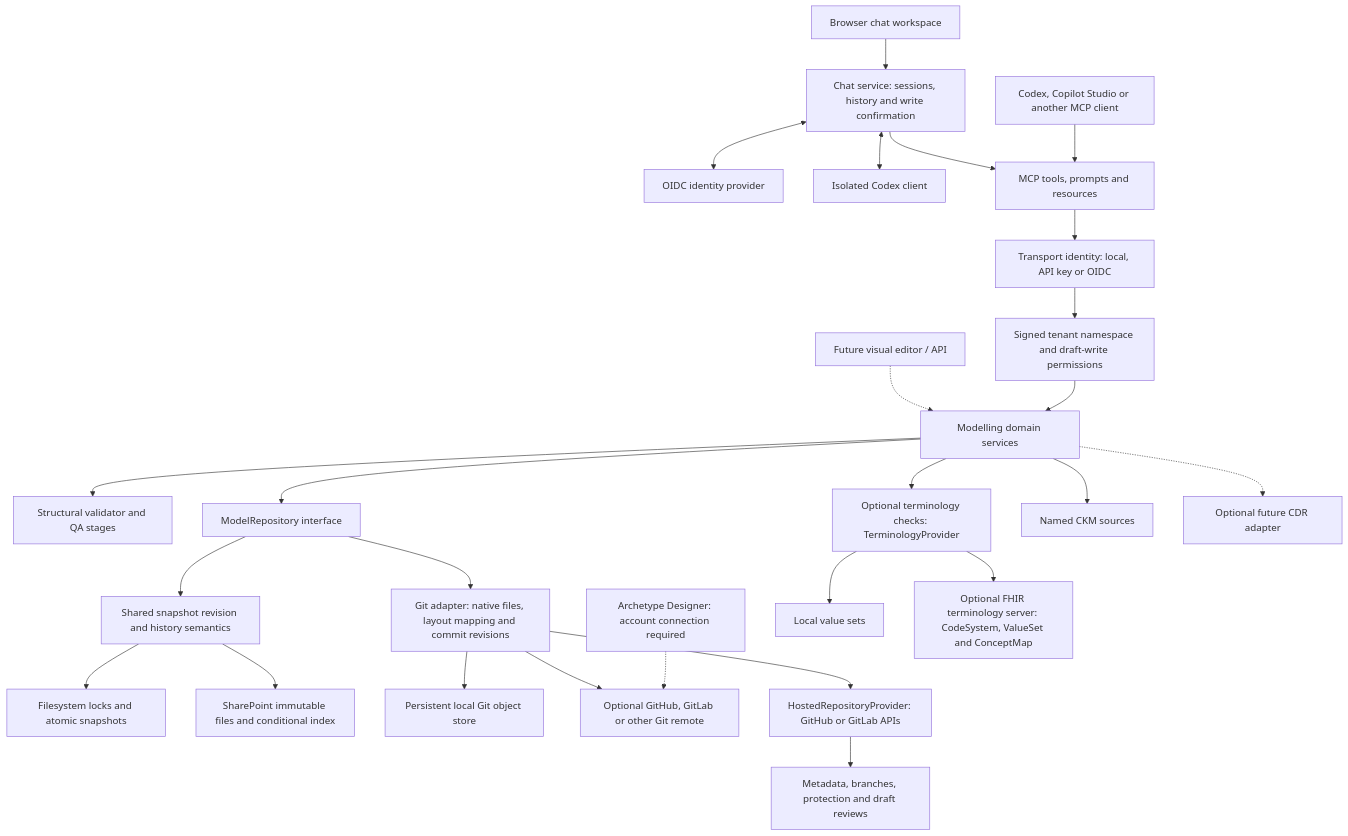
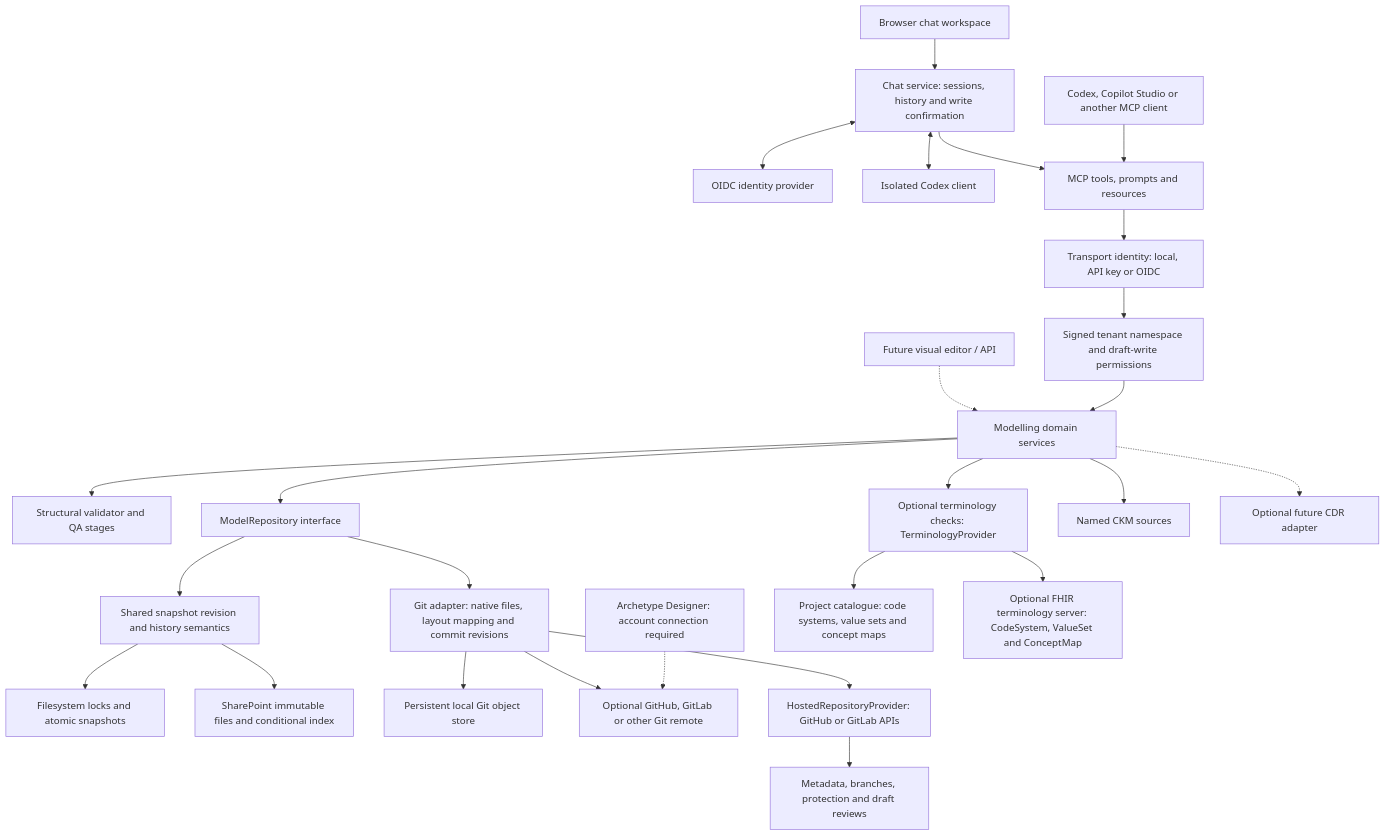
The diagram in docs/ARCHITECTURE.md (CzarMich/openehr-modelling-assistant), drawn with Mermaid before and after one commit. The commit also changed other lines of this file and 43 other files, not shown here.

Commit message:
feat(terminology): add versioned project catalogue and offline operations

````diff
--- a/docs/ARCHITECTURE.md
+++ b/docs/ARCHITECTURE.md
@@ -5,28 +5,28 @@
 ```mermaid
 flowchart TB
     Browser[Browser chat workspace] --> Chat[Chat service: sessions, history and write confirmation]
     Chat <--> Identity[OIDC identity provider]
     Chat <--> Codex[Isolated Codex client]
     Chat --> MCP[MCP tools, prompts and resources]
     AI[Codex, Copilot Studio or another MCP client] --> MCP[MCP tools, prompts and resources]
     UI[Future visual editor / API] -.-> Core[Modelling domain services]
     MCP --> Auth[Transport identity: local, API key or OIDC]
     Auth --> Scope[Signed tenant namespace and draft-write permissions]
     Scope --> Core
     Core --> Validation[Structural validator and QA stages]
     Core --> Repository[ModelRepository interface]
     Repository --> Snap[Shared snapshot revision and history semantics]
     Snap --> FS[Filesystem locks and atomic snapshots]
     Snap --> SP[SharePoint immutable files and conditional index]
     Repository --> Git[Git adapter: native files, layout mapping and commit revisions]
     Git --> Cache[Persistent local Git object store]
     Git --> Remote[Optional GitHub, GitLab or other Git remote]
     Git --> Hosting[HostedRepositoryProvider: GitHub or GitLab APIs]
     Hosting --> Reviews[Metadata, branches, protection and draft reviews]
     Designer[Archetype Designer: account connection required] -.-> Remote
     Core --> Terms[Optional terminology checks: TerminologyProvider]
-    Terms --> Local[Local value sets]
+    Terms --> Local[Project catalogue: code systems, value sets and concept maps]
     Terms --> FHIR[Optional FHIR terminology server: CodeSystem, ValueSet and ConceptMap]
     Core --> CKM[Named CKM sources]
     Core -.-> CDR[Optional future CDR adapter]
 ```
````
